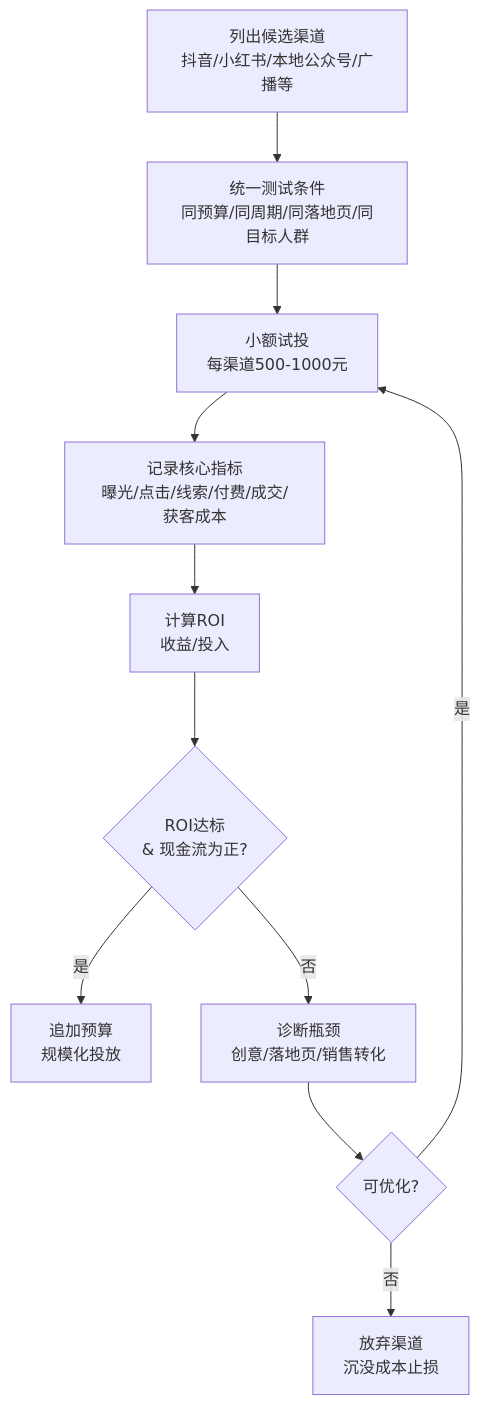
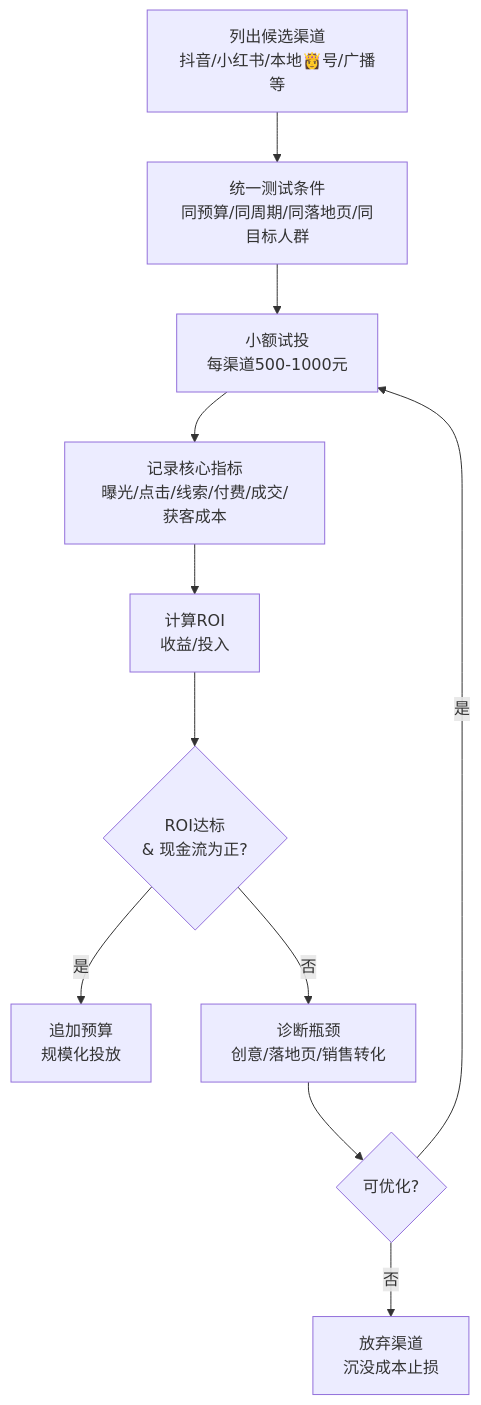
Before and after one commit to OpenDocCN1/flygon-zhuanqian-zhoubao: the fourth of 8 diagrams in docs/202301-02_paper2textbook/asset/body_fix_c4c31f78080b25cf9fc7de803a760802_9bba443037a1bab6bc794959dfcd74bf_da93f4e0df4d4600e7ded282bc5d413c_b86d458f153f23f32dc33c3ce0e06787.md, drawn with Mermaid. The commit also changed other lines of this file and 6688 other files, not shown here.

````diff
--- a/docs/202301-02_paper2textbook/asset/body_fix_c4c31f78080b25cf9fc7de803a760802_9bba443037a1bab6bc794959dfcd74bf_da93f4e0df4d4600e7ded282bc5d413c_b86d458f153f23f32dc33c3ce0e06787.md
+++ b/docs/202301-02_paper2textbook/asset/body_fix_c4c31f78080b25cf9fc7de803a760802_9bba443037a1bab6bc794959dfcd74bf_da93f4e0df4d4600e7ded282bc5d413c_b86d458f153f23f32dc33c3ce0e06787.md
@@ -347,13 +347,13 @@
 ```mermaid
 graph TD
-    A[列出候选渠道<br/>抖音/小红书/本地公众号/广播等] --> B[统一测试条件<br/>同预算/同周期/同落地页/同目标人群]
+    A[列出候选渠道<br/>抖音/小红书/本地👸号/广播等] --> B[统一测试条件<br/>同预算/同周期/同落地页/同目标人群]
     B --> C[小额试投<br/>每渠道500-1000元]
     C --> D[记录核心指标<br/>曝光/点击/线索/付费/成交/获客成本]
     D --> E[计算ROI<br/>收益/投入]
     E --> F{ROI达标<br/>& 现金流为正?}
     F -->|是| G[追加预算<br/>规模化投放]
     F -->|否| H[诊断瓶颈<br/>创意/落地页/销售转化]
     H --> I{可优化?}
     I -->|是| C
     I -->|否| J[放弃渠道<br/>沉没成本止损]
 ```
````
